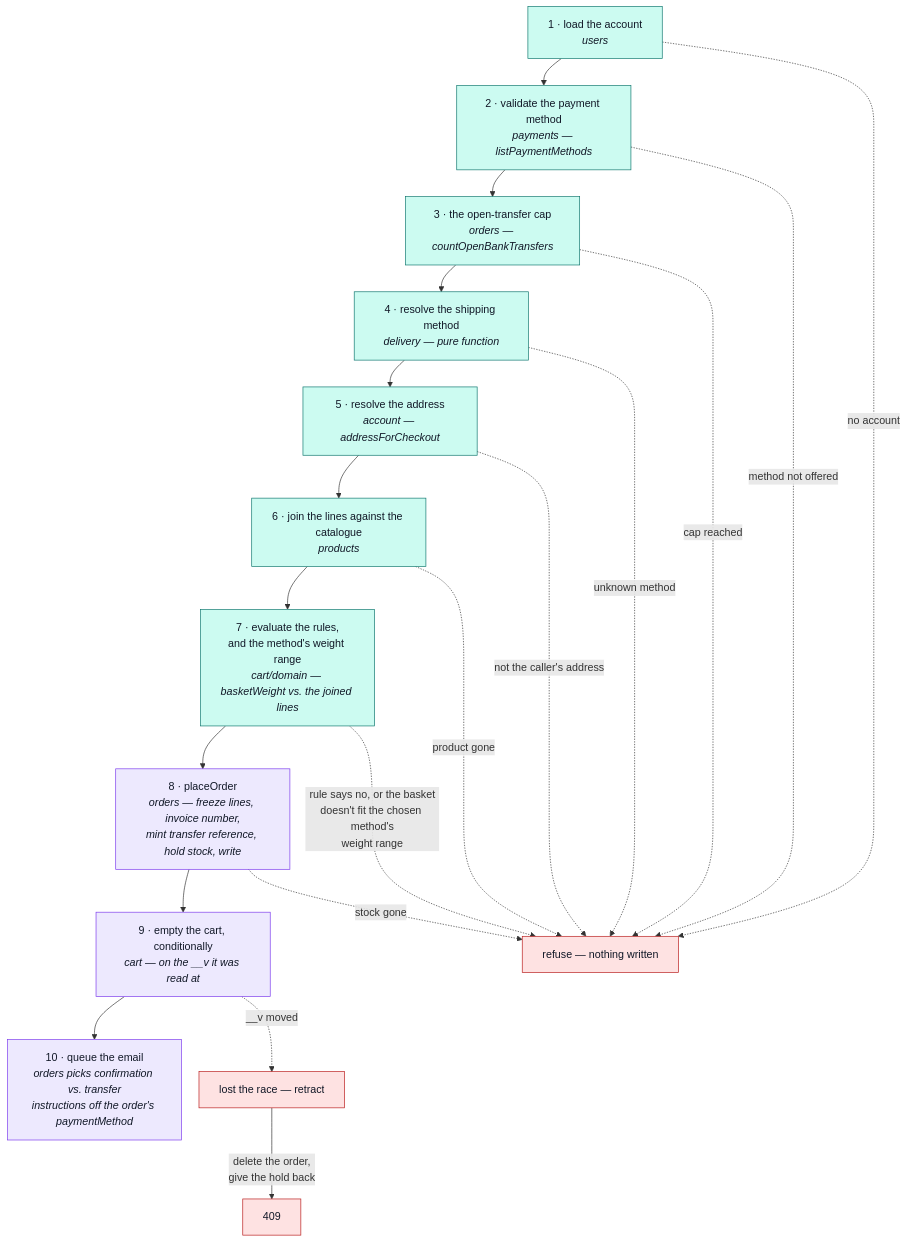
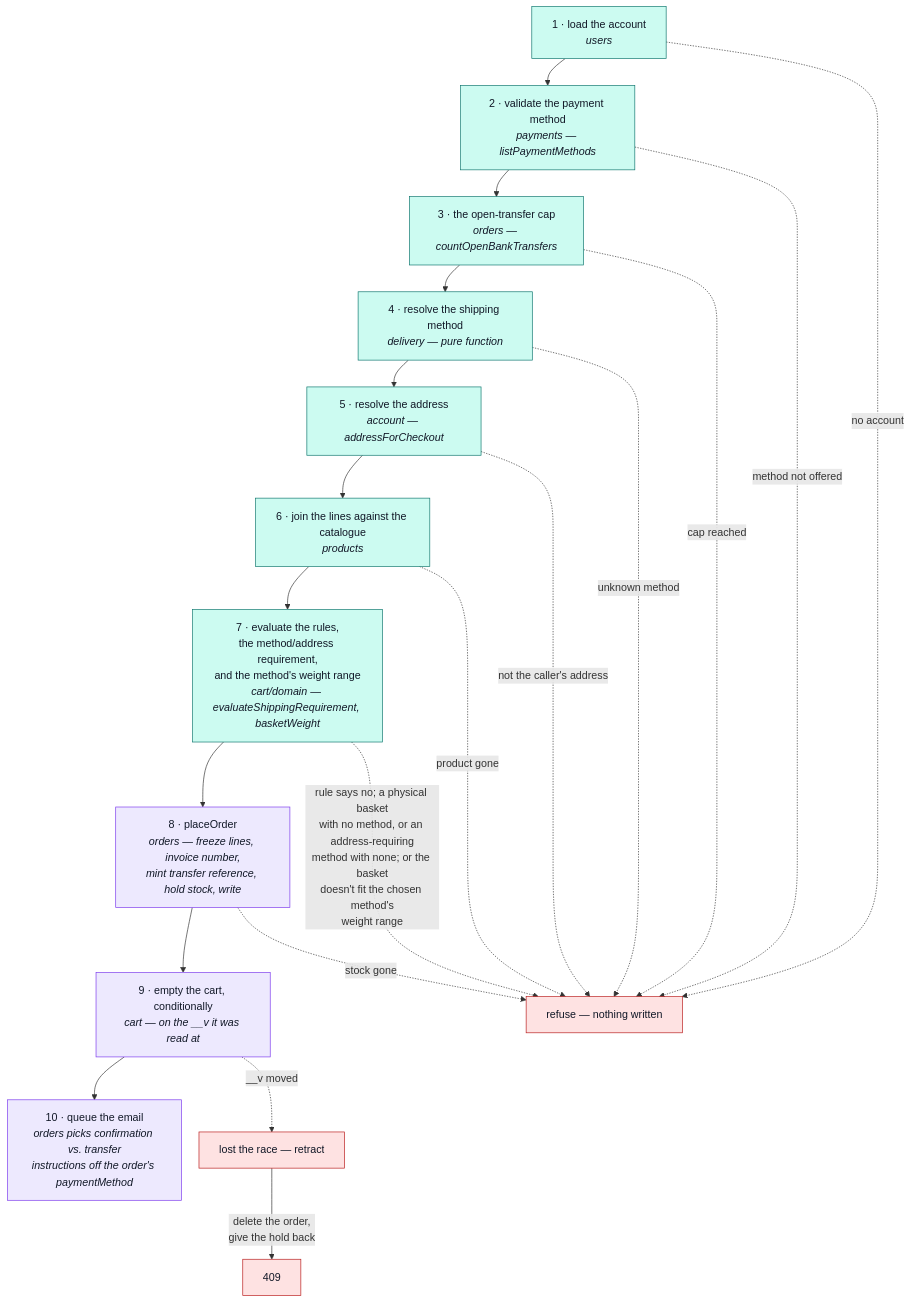
One commit to Guebbit/boilerplate-node-backend changed the diagram in docs/modules/cart-checkout.md. Above: the diagram before and after it, drawn with Mermaid. The commit also changed other lines of this file and 17 other files, not shown here.

First line of the commit message:
feat(cart)!: require a shipping method for physical goods, and an address when it needs one

````diff
--- a/docs/modules/cart-checkout.md
+++ b/docs/modules/cart-checkout.md
@@ -25,34 +25,34 @@
 ```mermaid
 %%{init: {'flowchart': {'nodeSpacing': 26, 'rankSpacing': 40}}}%%
 flowchart TD
     A["1 · load the account<br/><i>users</i>"] --> P["2 · validate the payment method<br/><i>payments — listPaymentMethods</i>"]
     P --> Q["3 · the open-transfer cap<br/><i>orders — countOpenBankTransfers</i>"]
     Q --> B["4 · resolve the shipping method<br/><i>delivery — pure function</i>"]
     B --> C["5 · resolve the address<br/><i>account — addressForCheckout</i>"]
     C --> D["6 · join the lines against the catalogue<br/><i>products</i>"]
-    D --> E["7 · evaluate the rules,<br/>and the method's weight range<br/><i>cart/domain — basketWeight vs. the joined lines</i>"]
+    D --> E["7 · evaluate the rules,<br/>the method/address requirement,<br/>and the method's weight range<br/><i>cart/domain — evaluateShippingRequirement, basketWeight</i>"]
     E --> F["8 · placeOrder<br/><i>orders — freeze lines, invoice number,<br/>mint transfer reference, hold stock, write</i>"]
     F --> H["9 · empty the cart, conditionally<br/><i>cart — on the __v it was read at</i>"]
     H --> I["10 · queue the email<br/><i>orders picks confirmation vs. transfer<br/>instructions off the order's paymentMethod</i>"]
 
     R["refuse — nothing written"]
     A -.->|"no account"| R
     P -.->|"method not offered"| R
     Q -.->|"cap reached"| R
     B -.->|"unknown method"| R
     C -.->|"not the caller's address"| R
     D -.->|"product gone"| R
-    E -.->|"rule says no, or the basket<br/>doesn't fit the chosen method's<br/>weight range"| R
+    E -.->|"rule says no; a physical basket<br/>with no method, or an address-requiring<br/>method with none; or the basket<br/>doesn't fit the chosen method's<br/>weight range"| R
     F -.->|"stock gone"| R
 
     L["lost the race — retract"]
     H -.->|"__v moved"| L
     L -->|"delete the order,<br/>give the hold back"| M["409"]
 
     classDef read fill:#ccfbf1,stroke:#0f766e,color:#111827;
     classDef write fill:#ede9fe,stroke:#7c3aed,color:#111827;
     classDef bad fill:#fee2e2,stroke:#b91c1c,color:#111827;
     class A,P,Q,B,C,D,E read;
     class F,H,I write;
     class R,L,M bad;
 ```
````
